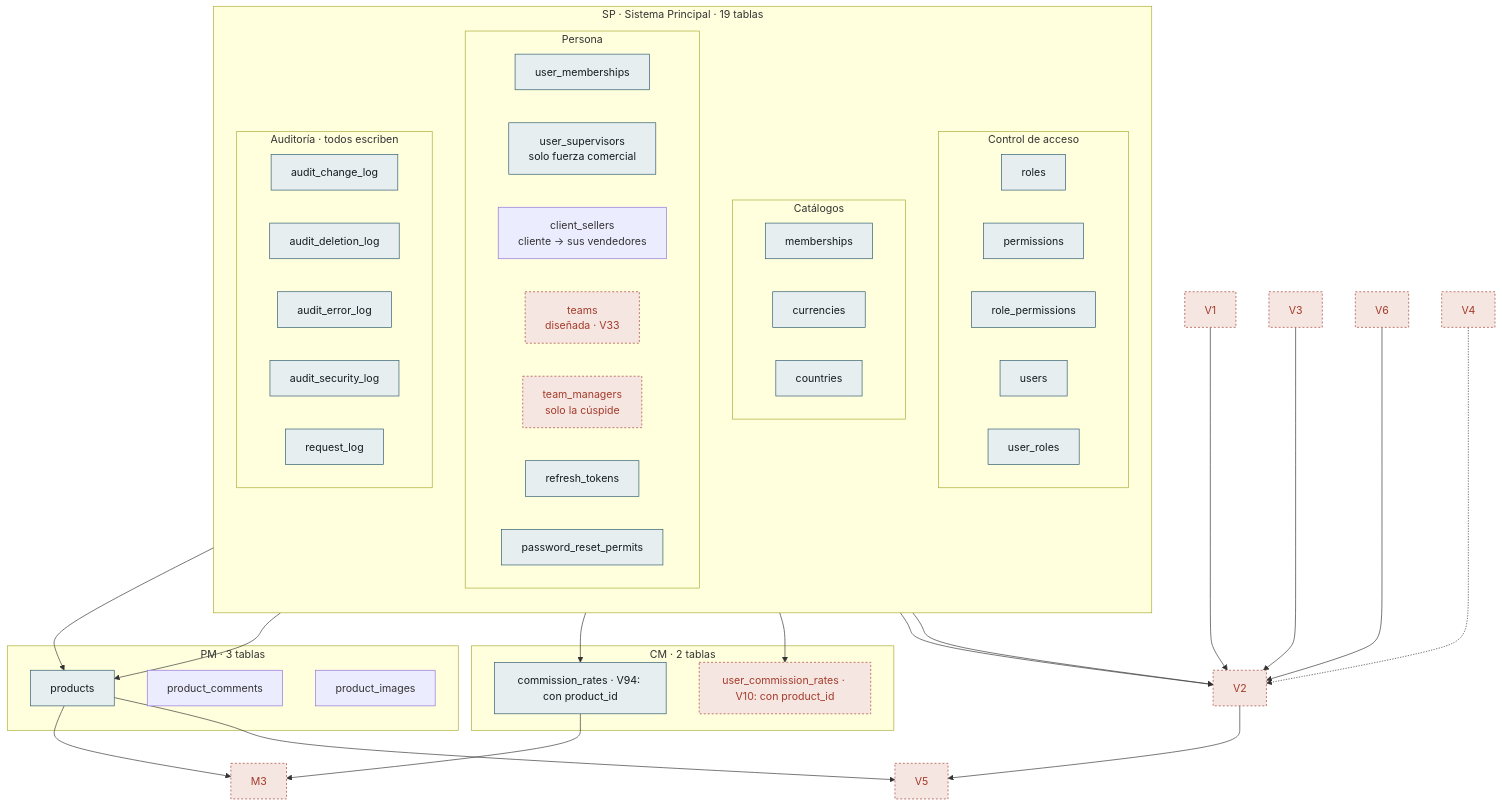
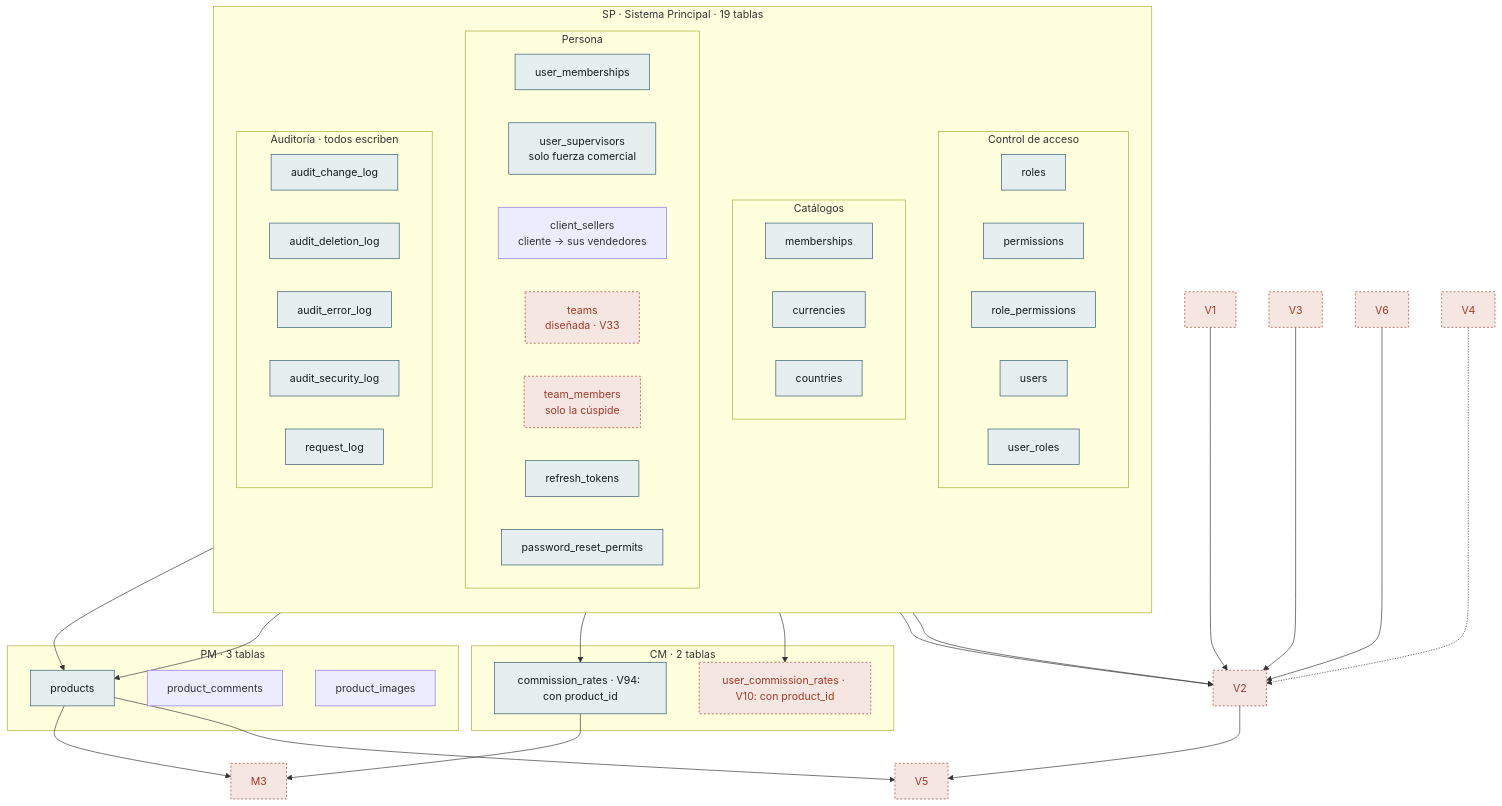
The sixth of 6 diagrams in docs/modelo-datos.md (NexusPro-Dev/backend), drawn with Mermaid before and after one commit. The commit also changed other lines of this file and 4 other files, not shown here.

First line of the commit message:
docs(sp): team_managers pasa a team_members — el nombre no debe atarse al rango que hoy es la cuspide

````diff
--- a/docs/modelo-datos.md
+++ b/docs/modelo-datos.md
@@ -773,72 +773,72 @@
 ```mermaid
 flowchart TB
     subgraph SP["SP · Sistema Principal · 19 tablas"]
         direction TB
         subgraph ACC["Control de acceso"]
             direction LR
             A1["roles"]
             A2["permissions"]
             A3["role_permissions"]
             C1["users"]
             C2["user_roles"]
         end
         subgraph CAT["Catálogos"]
             direction LR
             A4["memberships"]
             A5["currencies"]
             A6["countries"]
         end
         subgraph PER["Persona"]
             direction LR
             C6["user_memberships"]
             C4["user_supervisors<br/>solo fuerza comercial"]
             C7["client_sellers<br/>cliente → sus vendedores"]
             C8["teams<br/>diseñada · V33"]
-            C9["team_managers<br/>solo la cúspide"]
+            C9["team_members<br/>solo la cúspide"]
             C3["refresh_tokens"]
             C5["password_reset_permits"]
         end
         subgraph AUD["Auditoría · todos escriben"]
             direction LR
             B1["audit_change_log"]
             B2["audit_deletion_log"]
             B3["audit_error_log"]
             B4["audit_security_log"]
             OBS["request_log"]
         end
     end
 
     subgraph PM["PM · 3 tablas"]
         P1["products"]
         P2["product_comments"]
         P3["product_images"]
     end
 
     subgraph CM["CM · 2 tablas"]
         M1["commission_rates · V94: con product_id"]
         M2["user_commission_rates · V10: con product_id"]
     end
 
 
     A4 --> P1
     A5 --> P1
     A1 --> M1
     M1 --> M3
     P1 --> M3
     C1 --> M2
     V2 --> V5
     P1 --> V5
     C1 --> V2
     A5 --> V2
     V1 --> V2
     V3 --> V2
     V6 --> V2
     V4 -.-> V2
 
     classDef escrita fill:#e7eef0,stroke:#2d5a6b,color:#151b1e
     classDef disenada fill:#f6e6e2,stroke:#a33b2a,stroke-dasharray:3 3,color:#a33b2a
     class A1,A2,A3,A4,A5,A6,B1,B2,B3,B4,C1,C2,C3,C4,C5,C6,OBS,P1,M1 escrita
     class C8,C9 disenada
     class M2,M3 disenada
     class V1,V2,V3,V4,V5,V6 disenada
 ```
````
